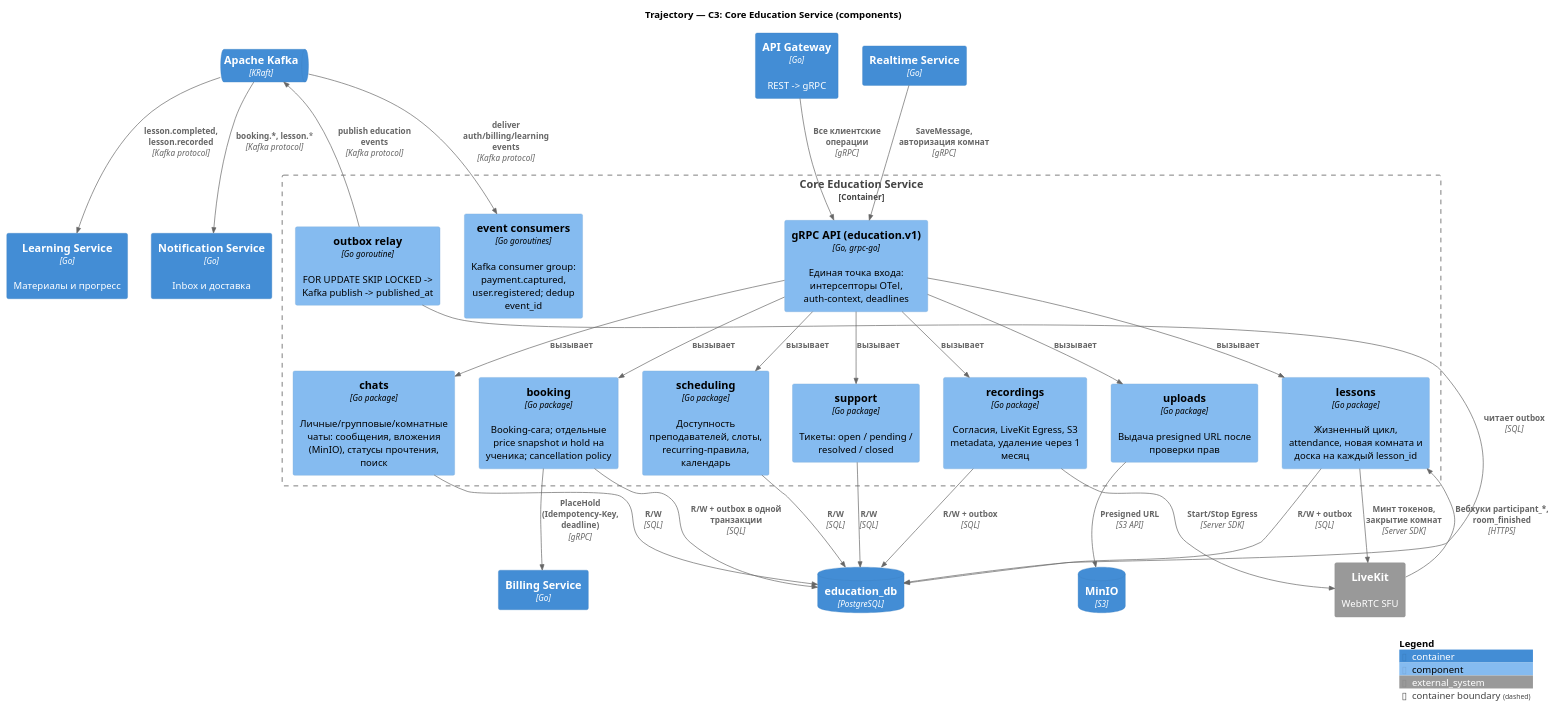
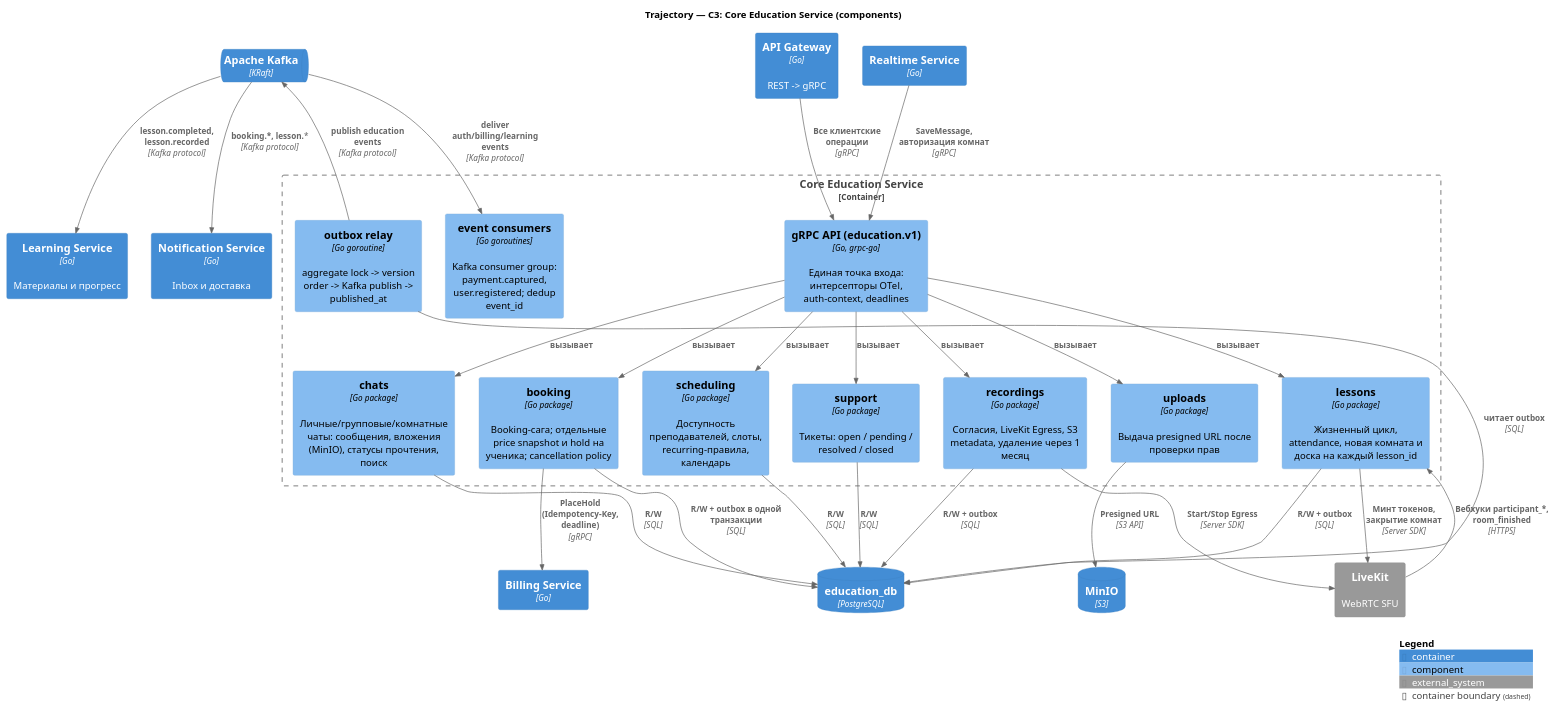
One commit to trajectory-platform/architeture changed the diagram in Системный анализ/diagrams/c4/c3-core-education.puml. Above: the diagram before and after it, drawn with PlantUML. The commit also changed 65 other files, not shown here.

```diff
--- a/Системный анализ/diagrams/c4/c3-core-education.puml
+++ b/Системный анализ/diagrams/c4/c3-core-education.puml
@@ -1,61 +1,61 @@
 @startuml c3-core-education
 !include <C4/C4_Component>
 
 title Trajectory — C3: Core Education Service (components)
 
 Container(gateway, "API Gateway", "Go", "REST -> gRPC")
 Container(realtime, "Realtime Service", "Go")
 Container(billing, "Billing Service", "Go")
 Container(learning, "Learning Service", "Go", "Материалы и прогресс")
 Container(notification, "Notification Service", "Go", "Inbox и доставка")
 ContainerQueue(kafka, "Apache Kafka", "KRaft")
 ContainerDb(pg_edu, "education_db", "PostgreSQL")
 ContainerDb(minio, "MinIO", "S3")
 System_Ext(livekit, "LiveKit", "WebRTC SFU")
 
 Container_Boundary(core, "Core Education Service") {
     Component(grpc_api, "gRPC API (education.v1)", "Go, grpc-go", "Единая точка входа: интерсепторы OTel, auth-context, deadlines")
 
     Component(scheduling, "scheduling", "Go package", "Доступность преподавателей, слоты, recurring-правила, календарь")
     Component(booking, "booking", "Go package", "Booking-сага; отдельные price snapshot и hold на ученика; cancellation policy")
     Component(lessons, "lessons", "Go package", "Жизненный цикл, attendance, новая комната и доска на каждый lesson_id")
     Component(recordings, "recordings", "Go package", "Согласия, LiveKit Egress, S3 metadata, удаление через 1 месяц")
     Component(chats, "chats", "Go package", "Личные/групповые/комнатные чаты: сообщения, вложения (MinIO), статусы прочтения, поиск")
     Component(support, "support", "Go package", "Тикеты: open / pending / resolved / closed")
     Component(uploads, "uploads", "Go package", "Выдача presigned URL после проверки прав")
-    Component(outbox_relay, "outbox relay", "Go goroutine", "FOR UPDATE SKIP LOCKED -> Kafka publish -> published_at")
+    Component(outbox_relay, "outbox relay", "Go goroutine", "aggregate lock -> version order -> Kafka publish -> published_at")
     Component(consumers, "event consumers", "Go goroutines", "Kafka consumer group: payment.captured, user.registered; dedup event_id")
 }
 
 Rel(gateway, grpc_api, "Все клиентские операции", "gRPC")
 Rel(realtime, grpc_api, "SaveMessage, авторизация комнат", "gRPC")
 
 Rel(grpc_api, scheduling, "вызывает")
 Rel(grpc_api, booking, "вызывает")
 Rel(grpc_api, lessons, "вызывает")
 Rel(grpc_api, recordings, "вызывает")
 Rel(grpc_api, chats, "вызывает")
 Rel(grpc_api, support, "вызывает")
 Rel(grpc_api, uploads, "вызывает")
 
 Rel(booking, billing, "PlaceHold (Idempotency-Key, deadline)", "gRPC")
 Rel(lessons, livekit, "Минт токенов, закрытие комнат", "Server SDK")
 Rel(recordings, livekit, "Start/Stop Egress", "Server SDK")
 Rel(livekit, lessons, "Вебхуки participant_*, room_finished", "HTTPS")
 Rel(uploads, minio, "Presigned URL", "S3 API")
 
 Rel(scheduling, pg_edu, "R/W", "SQL")
 Rel(booking, pg_edu, "R/W + outbox в одной транзакции", "SQL")
 Rel(lessons, pg_edu, "R/W + outbox", "SQL")
 Rel(recordings, pg_edu, "R/W + outbox", "SQL")
 Rel(chats, pg_edu, "R/W", "SQL")
 Rel(support, pg_edu, "R/W", "SQL")
 
 Rel(outbox_relay, pg_edu, "читает outbox", "SQL")
 Rel(outbox_relay, kafka, "publish education events", "Kafka protocol")
 Rel(kafka, consumers, "deliver auth/billing/learning events", "Kafka protocol")
 Rel(kafka, learning, "lesson.completed, lesson.recorded", "Kafka protocol")
 Rel(kafka, notification, "booking.*, lesson.*", "Kafka protocol")
 
 SHOW_LEGEND()
 @enduml
```
